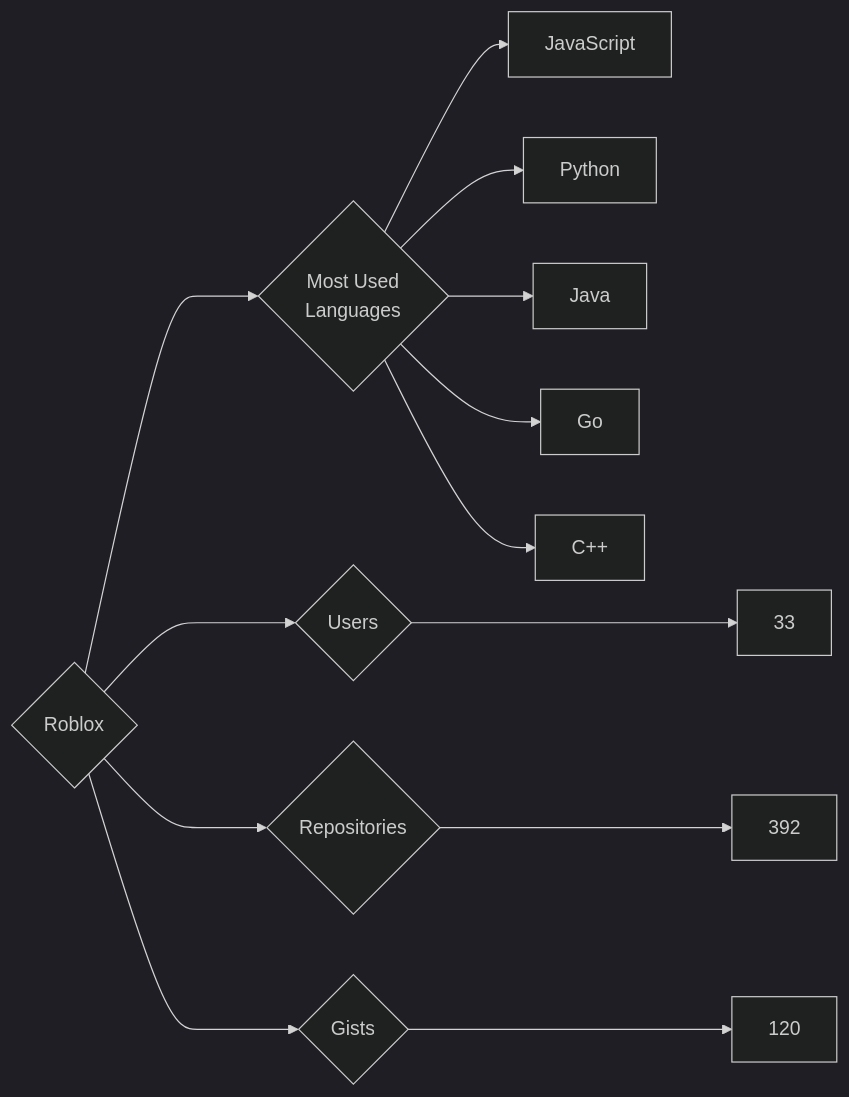
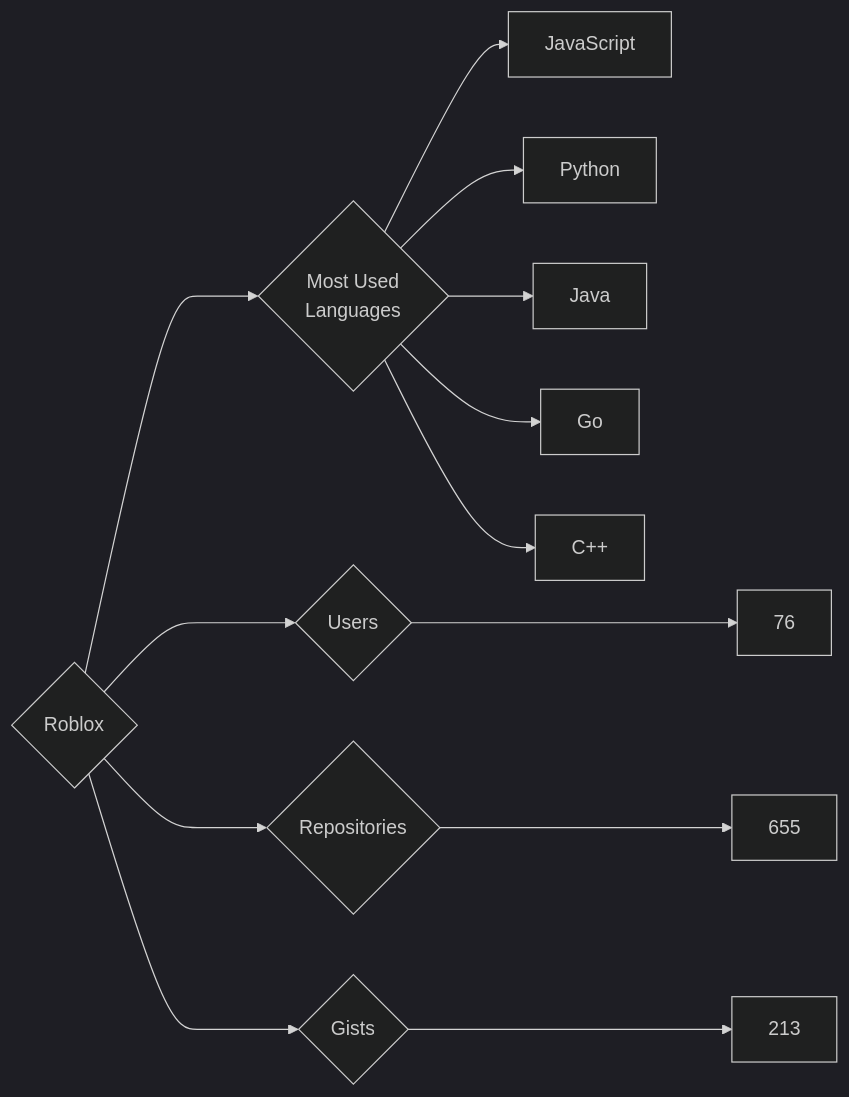
The diagram in targets/Roblox/README.md (trickest/insiders), drawn with Mermaid (dark theme) before and after one commit. The commit also changed 728 other files, not shown here.

````diff
--- a/targets/Roblox/README.md
+++ b/targets/Roblox/README.md
@@ -3,13 +3,13 @@
 ```mermaid
 graph LR
 COMPANY_NAME{Roblox}
-COMPANY_NAME ---> U{Users} ---> UN[33]
-COMPANY_NAME ---> R{Repositories} ---> RN[392]
-COMPANY_NAME ---> G{Gists} ---> GN[120]
+COMPANY_NAME ---> U{Users} ---> UN[76]
+COMPANY_NAME ---> R{Repositories} ---> RN[655]
+COMPANY_NAME ---> G{Gists} ---> GN[213]
 COMPANY_NAME ---> ML{Most Used<br>Languages}
 ML --> JavaScript[JavaScript]
 ML --> Python[Python]
 ML --> Java[Java]
 ML --> Go[Go]
 ML --> C++[C++]
 ```
````
